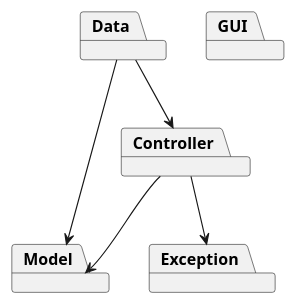
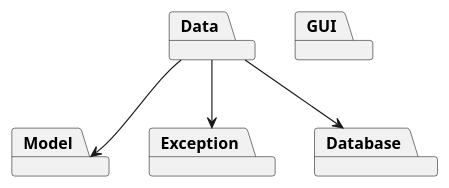
The first of 5 diagrams in Deliverables/DesignDocument.md (MatteoBattilana/EzShop), drawn with PlantUML before and after one commit. The commit also changed other lines of this file, not shown here.

Commit message:
wip: class diagram simplified

````diff
--- a/Deliverables/DesignDocument.md
+++ b/Deliverables/DesignDocument.md
@@ -65,12 +65,11 @@
 ```plantuml
-package Controller
 package Model
 package Data
 package Exception
+package Database
 package GUI
 
-Controller --> Model
-Data --> Controller
 Data --> Model
-Controller --> Exception
+Data --> Exception
+Data --> Database
 ```
````
